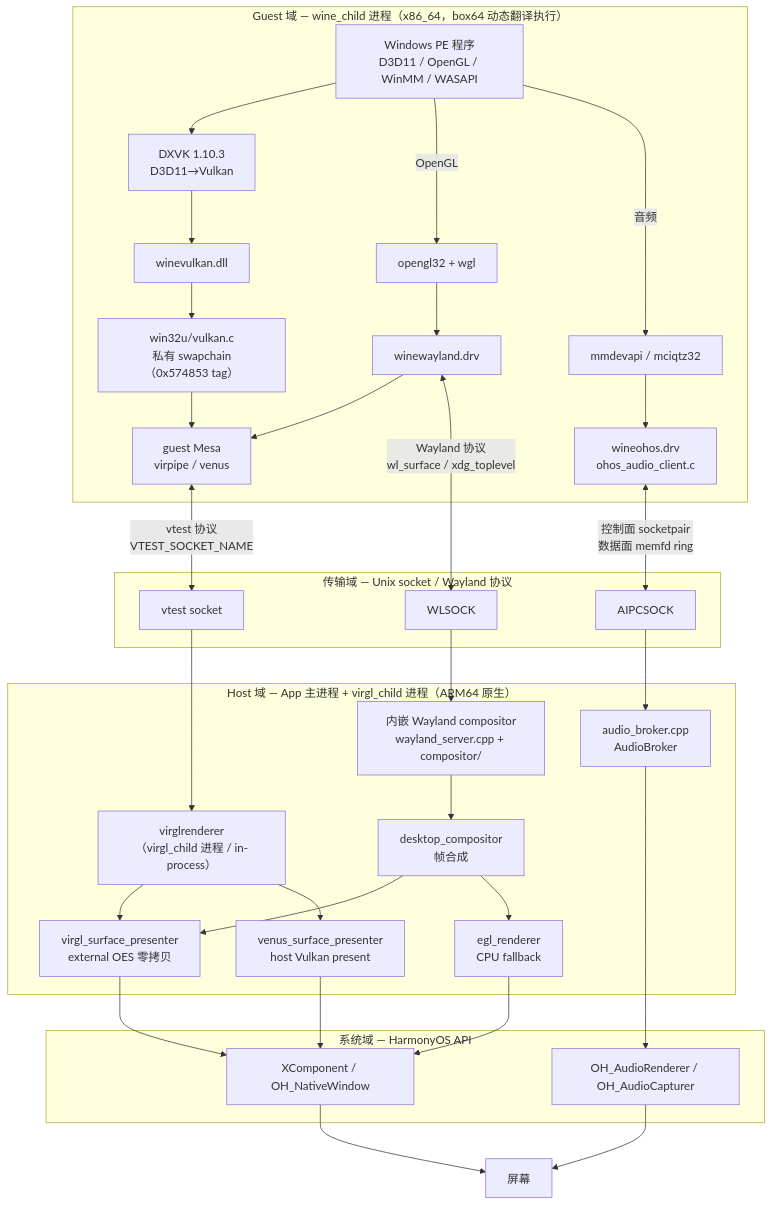
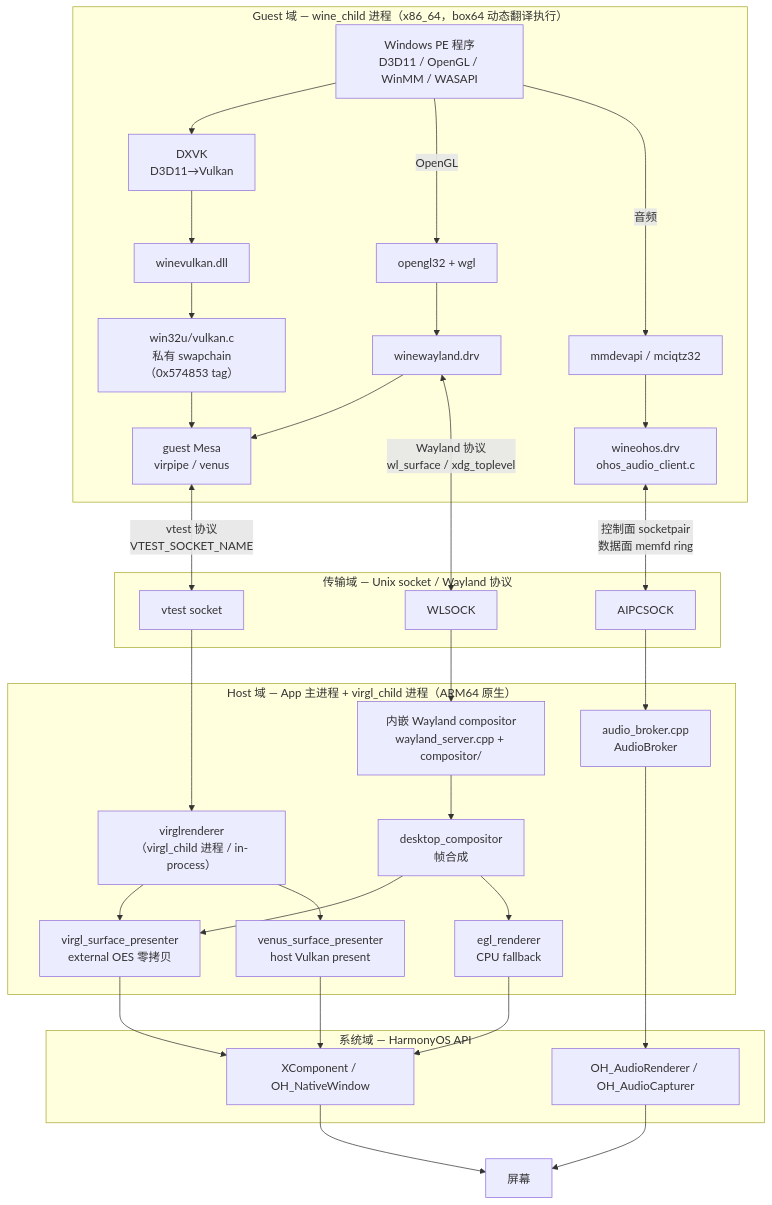
One commit to winehua/WineHua changed the first of 6 diagrams in docs/architecture/overview.md. Above: the diagram before and after it, drawn with Mermaid. The commit also changed other lines of this file and 59 other files, not shown here.

````diff
--- a/docs/architecture/overview.md
+++ b/docs/architecture/overview.md
@@ -14,42 +14,42 @@
 ```mermaid
 graph TB
     subgraph guest["Guest 域 — wine_child 进程（x86_64，box64 动态翻译执行）"]
         APP["Windows PE 程序<br/>D3D11 / OpenGL / WinMM / WASAPI"]
-        APP --> DXVK["DXVK 1.10.3<br/>D3D11→Vulkan"]
+        APP --> DXVK["DXVK<br/>D3D11→Vulkan"]
         APP -->|OpenGL| WGL["opengl32 + wgl"]
         DXVK --> WINEVK["winevulkan.dll"]
         WINEVK --> VULKANC["win32u/vulkan.c<br/>私有 swapchain（0x574853 tag）"]
         WGL --> WLD["winewayland.drv"]
         APP -->|音频| MMA["mmdevapi / mciqtz32"]
         MMA --> OHDRV["wineohos.drv<br/>ohos_audio_client.c"]
         WLD --> MESA["guest Mesa<br/>virpipe / venus"]
         VULKANC --> MESA
     end
 
     subgraph transport["传输域 — Unix socket / Wayland 协议"]
         MESA <-->|"vtest 协议<br/>VTEST_SOCKET_NAME"| VSOCK["vtest socket"]
         WLD <-->|"Wayland 协议<br/>wl_surface / xdg_toplevel"| WLSOCK
         OHDRV <-->|"控制面 socketpair<br/>数据面 memfd ring"| AIPCSOCK
     end
 
     subgraph host["Host 域 — App 主进程 + virgl_child 进程（ARM64 原生）"]
         WLSOCK --> WS["内嵌 Wayland compositor<br/>wayland_server.cpp + compositor/"]
         VSOCK --> VGL["virglrenderer<br/>（virgl_child 进程 / in-process）"]
         VGL --> VPRES["virgl_surface_presenter<br/>external OES 零拷贝"]
         VGL --> VKPRES["venus_surface_presenter<br/>host Vulkan present"]
         WS --> DC["desktop_compositor<br/>帧合成"]
         DC --> VPRES
         DC --> EGLC["egl_renderer<br/>CPU fallback"]
         AIPCSOCK --> ABROK["audio_broker.cpp<br/>AudioBroker"]
     end
 
     subgraph sys["系统域 — HarmonyOS API"]
         VPRES --> XC1["XComponent / OH_NativeWindow"]
         VKPRES --> XC1
         EGLC --> XC1
         ABROK --> OHAR["OH_AudioRenderer / OH_AudioCapturer"]
     end
 
     XC1 --> HW["屏幕"]
     OHAR --> HW
 ```
````
